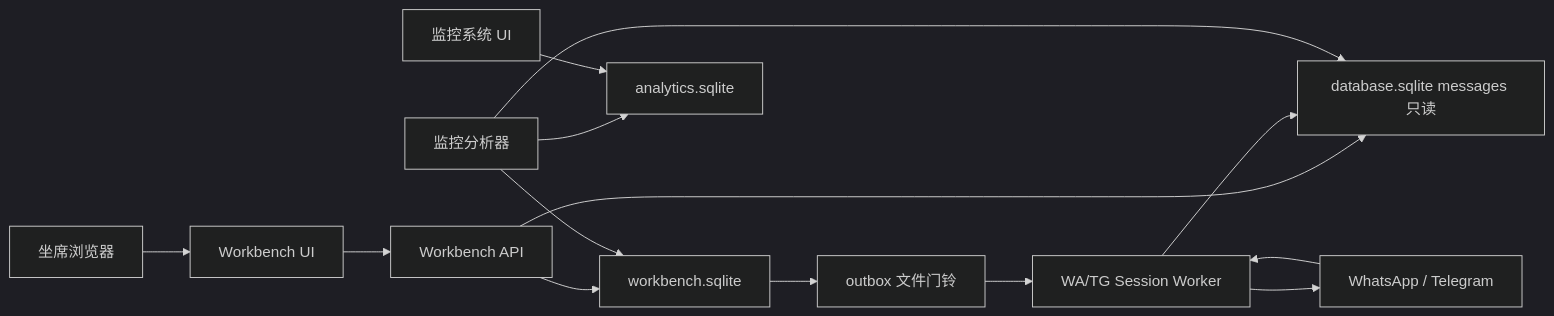
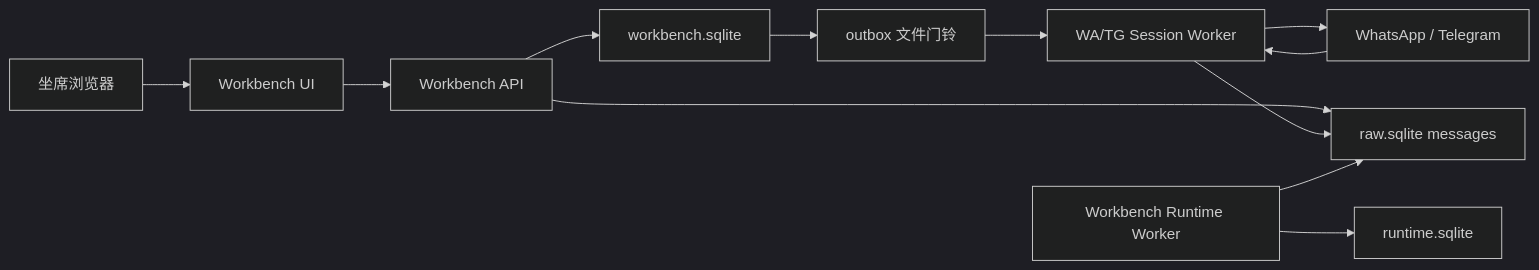
One commit to Nocturneyang/-1469 changed the diagram in DEVELOPMENT_GUIDE.md. Above: the diagram before and after it, drawn with Mermaid (dark theme). The commit also changed other lines of this file and 27 other files, not shown here.

````diff
--- a/DEVELOPMENT_GUIDE.md
+++ b/DEVELOPMENT_GUIDE.md
@@ -116,21 +126,18 @@
 ```mermaid
 flowchart LR
   User["坐席浏览器"] --> UI["Workbench UI"]
   UI --> API["Workbench API"]
 
   API --> WDB["workbench.sqlite"]
-  API --> RawDB["database.sqlite messages 只读"]
+  API --> RawDB["raw.sqlite messages"]
 
   WDB --> Doorbell["outbox 文件门铃"]
   Doorbell --> Worker["WA/TG Session Worker"]
   Worker --> Channel["WhatsApp / Telegram"]
 
   Channel --> Worker
   Worker --> RawDB
 
-  Analyzer["监控分析器"] --> RawDB
-  Analyzer --> WDB
-  Analyzer --> AnalyticsDB["analytics.sqlite"]
-
-  MonitorUI["监控系统 UI"] --> AnalyticsDB
+  Runtime["Workbench Runtime Worker"] --> RawDB
+  Runtime --> RDB["runtime.sqlite"]
 ```
````
